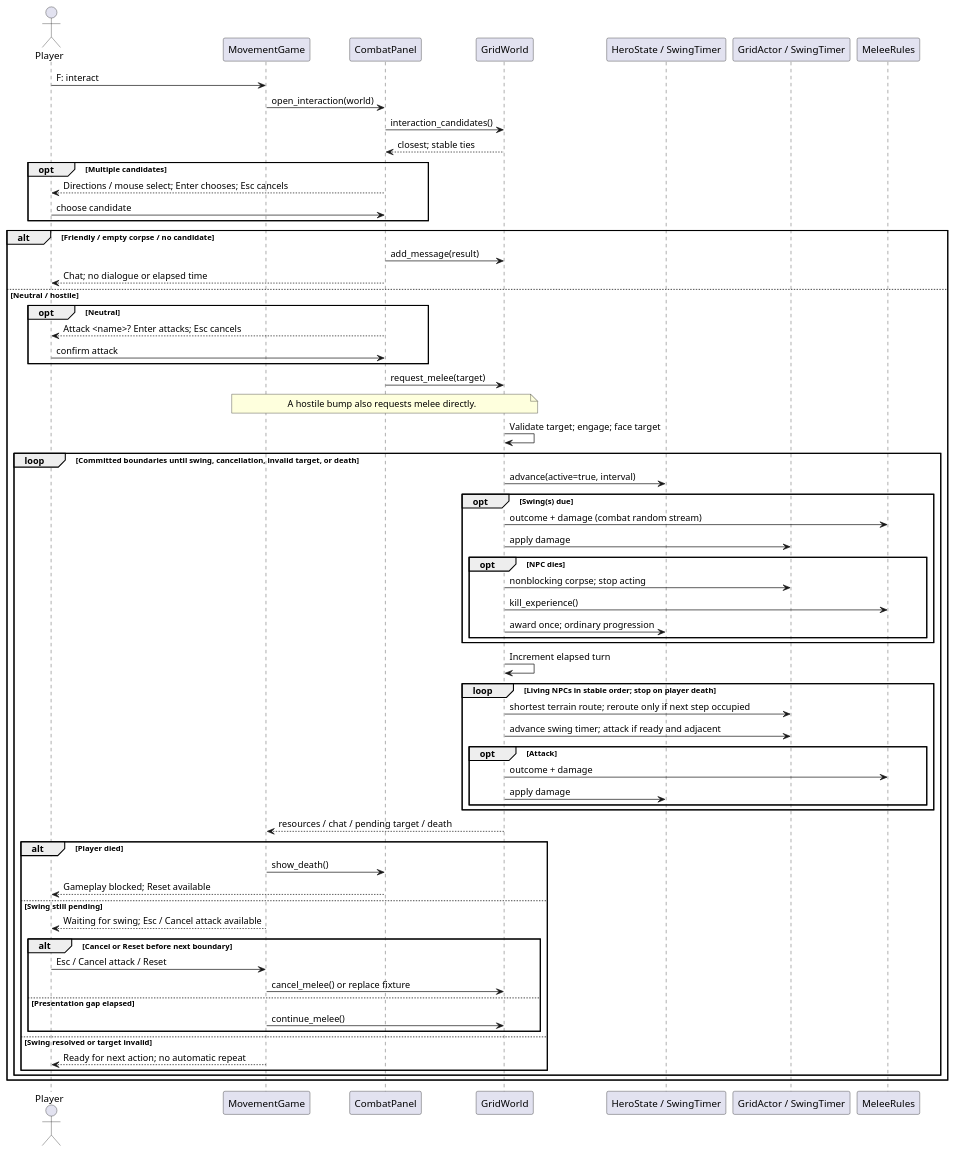
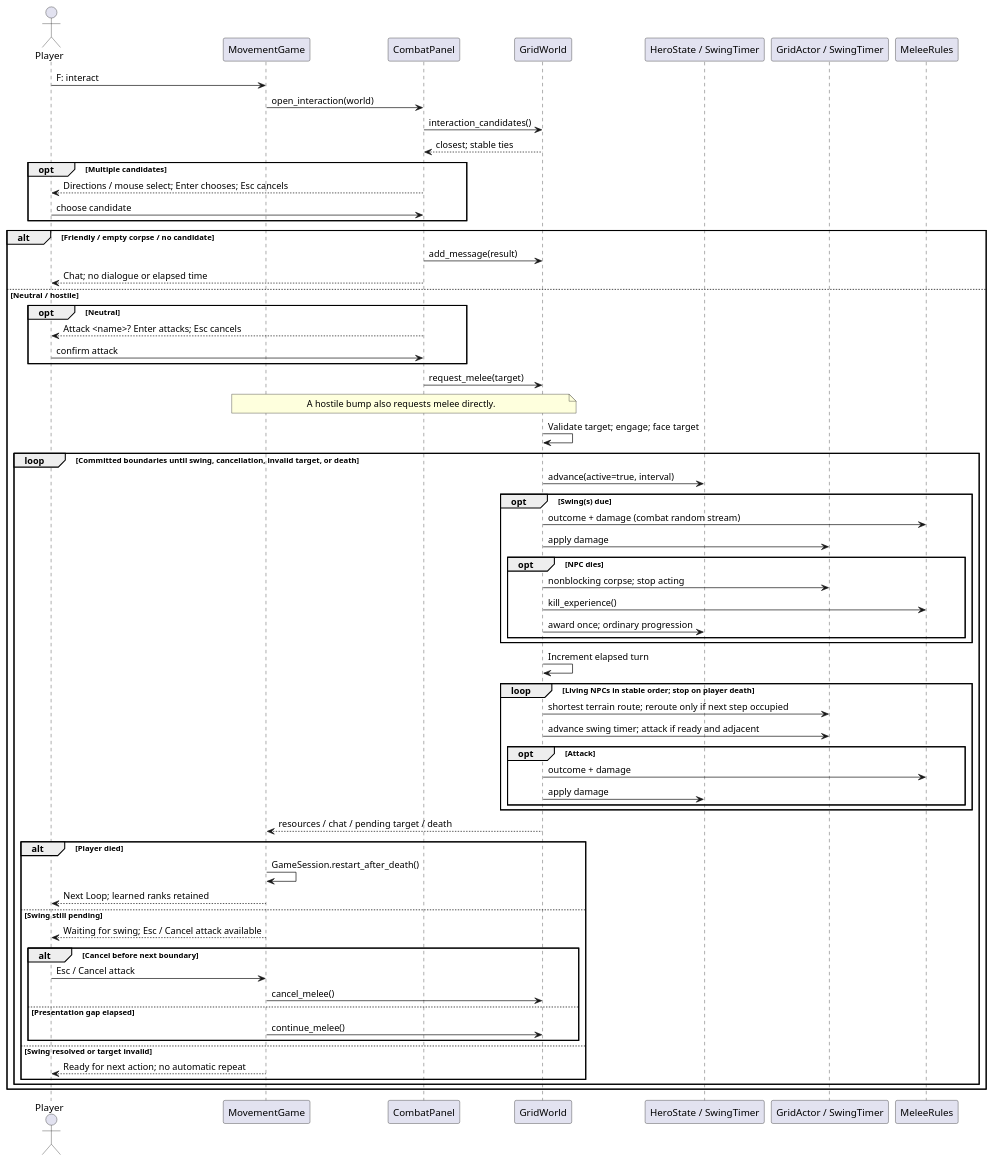
One commit to VHonzik/Ostinato changed the diagram in docs/architecture/sequences/combat_turn.puml. Above: the diagram before and after it, drawn with PlantUML. The commit also changed 43 other files, not shown here.

```diff
--- a/docs/architecture/sequences/combat_turn.puml
+++ b/docs/architecture/sequences/combat_turn.puml
@@ -1,68 +1,68 @@
 @startuml
 !pragma layout smetana
 skinparam shadowing false
 actor Player
 participant MovementGame as Game
 participant CombatPanel as Panel
 participant GridWorld as World
 participant "HeroState / SwingTimer" as Hero
 participant "GridActor / SwingTimer" as NPC
 participant MeleeRules as Rules
 
 Player -> Game : F: interact
 Game -> Panel : open_interaction(world)
 Panel -> World : interaction_candidates()
 World --> Panel : closest; stable ties
 opt Multiple candidates
   Panel --> Player : Directions / mouse select; Enter chooses; Esc cancels
   Player -> Panel : choose candidate
 end
 alt Friendly / empty corpse / no candidate
   Panel -> World : add_message(result)
   Panel --> Player : Chat; no dialogue or elapsed time
 else Neutral / hostile
   opt Neutral
     Panel --> Player : Attack <name>? Enter attacks; Esc cancels
     Player -> Panel : confirm attack
   end
   Panel -> World : request_melee(target)
   note over Game, World : A hostile bump also requests melee directly.
   World -> World : Validate target; engage; face target
   loop Committed boundaries until swing, cancellation, invalid target, or death
     World -> Hero : advance(active=true, interval)
     opt Swing(s) due
       World -> Rules : outcome + damage (combat random stream)
       World -> NPC : apply damage
       opt NPC dies
         World -> NPC : nonblocking corpse; stop acting
         World -> Rules : kill_experience()
         World -> Hero : award once; ordinary progression
       end
     end
     World -> World : Increment elapsed turn
     loop Living NPCs in stable order; stop on player death
       World -> NPC : shortest terrain route; reroute only if next step occupied
       World -> NPC : advance swing timer; attack if ready and adjacent
       opt Attack
         World -> Rules : outcome + damage
         World -> Hero : apply damage
       end
     end
     World --> Game : resources / chat / pending target / death
     alt Player died
-      Game -> Panel : show_death()
-      Panel --> Player : Gameplay blocked; Reset available
+      Game -> Game : GameSession.restart_after_death()
+      Game --> Player : Next Loop; learned ranks retained
     else Swing still pending
       Game --> Player : Waiting for swing; Esc / Cancel attack available
-      alt Cancel or Reset before next boundary
-        Player -> Game : Esc / Cancel attack / Reset
-        Game -> World : cancel_melee() or replace fixture
+      alt Cancel before next boundary
+        Player -> Game : Esc / Cancel attack
+        Game -> World : cancel_melee()
       else Presentation gap elapsed
         Game -> World : continue_melee()
       end
     else Swing resolved or target invalid
       Game --> Player : Ready for next action; no automatic repeat
     end
   end
 end
 @enduml
```
